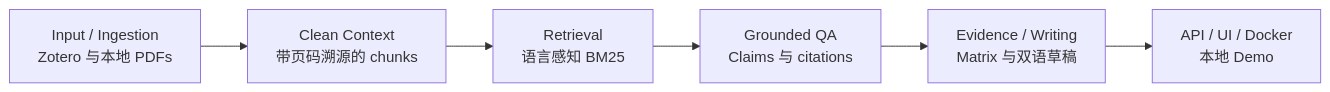
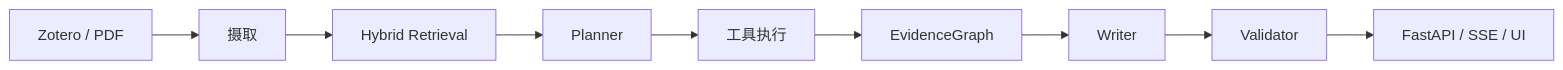
One commit to jun346105-art/research-literature-workflow changed the first of 2 diagrams in README.zh-CN.md. Above: the diagram before and after it, drawn with Mermaid. The commit also changed other lines of this file and 2 other files, not shown here.

````diff
--- a/README.zh-CN.md
+++ b/README.zh-CN.md
@@ -72,8 +46,11 @@
 ```mermaid
 flowchart LR
-  A[Input / Ingestion<br/>Zotero 与本地 PDFs] --> B[Clean Context<br/>带页码溯源的 chunks]
-  B --> C[Retrieval<br/>语言感知 BM25]
-  C --> D[Grounded QA<br/>Claims 与 citations]
-  D --> E[Evidence / Writing<br/>Matrix 与双语草稿]
-  E --> F[API / UI / Docker<br/>本地 Demo]
+  A[Zotero / PDF] --> B[摄取]
+  B --> C[Hybrid Retrieval]
+  C --> D[Planner]
+  D --> E[工具执行]
+  E --> F[EvidenceGraph]
+  F --> G[Writer]
+  G --> H[Validator]
+  H --> I[FastAPI / SSE / UI]
 ```
````
